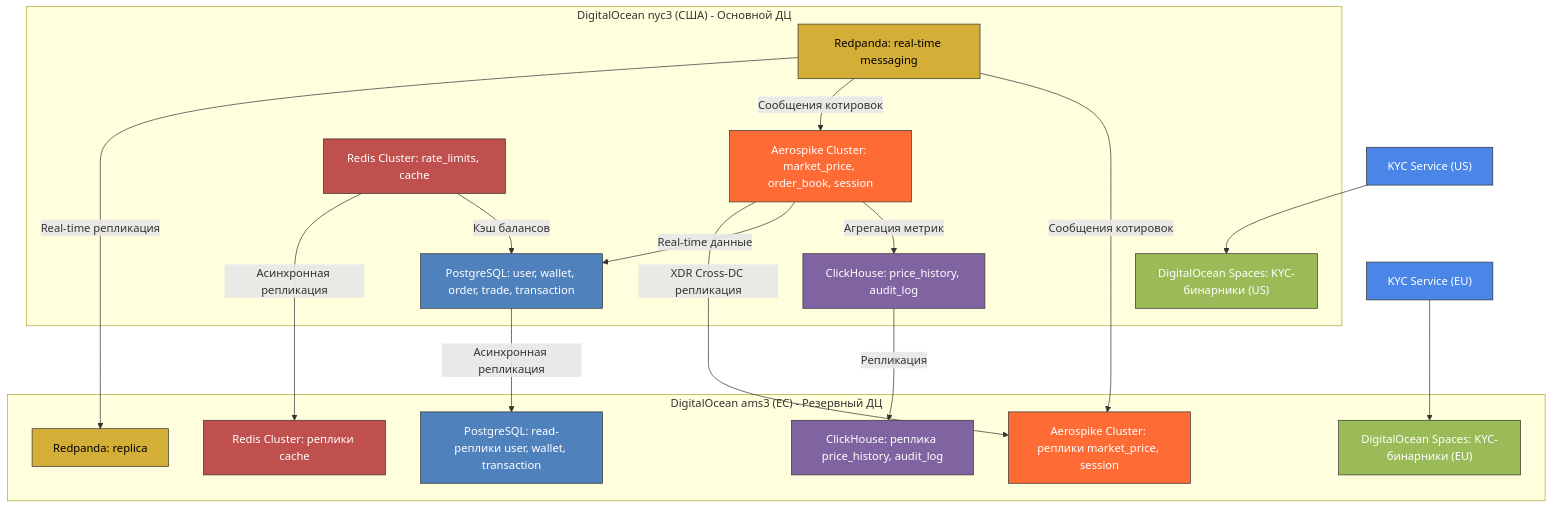
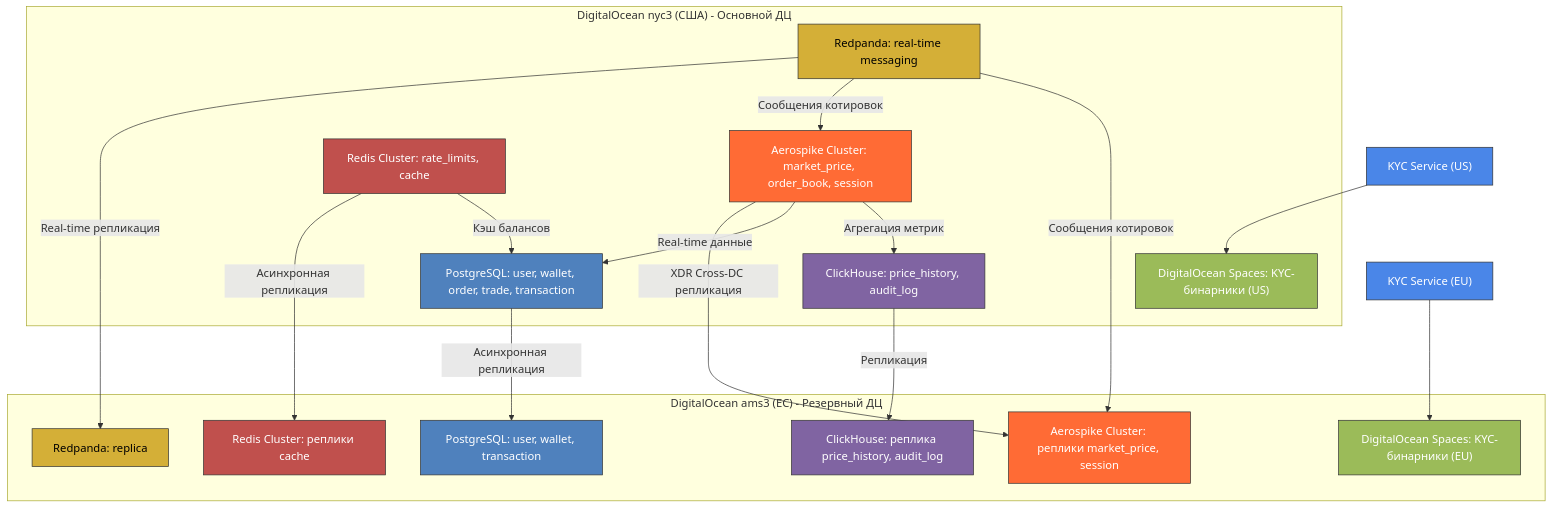
Before and after one commit to IfroloffI/highload-vk-edu-3-term: the diagram in README.md, drawn with Mermaid.

````diff
--- a/README.md
+++ b/README.md
@@ -398,55 +398,55 @@
 ```mermaid
 %% Физическая архитектура БД
 flowchart TD
     subgraph nyc3["DigitalOcean nyc3 (США) - Основной ДЦ"]
         A["PostgreSQL: user, wallet, order, trade, transaction"]
         B["ClickHouse: price_history, audit_log"]
         C["Aerospike Cluster: market_price, order_book, session"]
         D["DigitalOcean Spaces: KYC-бинарники (US)"]
         F["Redis Cluster: rate_limits, cache"]
         R["Redpanda: real-time messaging"]
     end
 
     subgraph ams3["DigitalOcean ams3 (ЕС) - Резервный ДЦ"]
-        G["PostgreSQL: read-реплики user, wallet, transaction"]
+        G["PostgreSQL: user, wallet, transaction"]
         H["ClickHouse: реплика price_history, audit_log"]
         I["Aerospike Cluster: реплики market_price, session"]
         J["DigitalOcean Spaces: KYC-бинарники (EU)"]
         L["Redis Cluster: реплики cache"]
         R2["Redpanda: replica"]
     end
 
     %% Репликация данных
     A -->|Асинхронная репликация| G
     B -->|Репликация| H
     C -->|XDR Cross-DC репликация| I
     F -->|Асинхронная репликация| L
     R -->|Real-time репликация| R2
     
     %% Внутренние связи
     C -->|Real-time данные| A
     C -->|Агрегация метрик| B
     F -->|Кэш балансов| A
     R -->|Сообщения котировок| C
     R -->|Сообщения котировок| I
 
     %% KYC-данные остаются в Home Region
     KYC_US["KYC Service (US)"] --> D
     KYC_EU["KYC Service (EU)"] --> J
 
     classDef pg fill:#4F81BD,stroke:#333,color:white;
     classDef ch fill:#8064A2,stroke:#333,color:white;
     classDef aerospike fill:#FF6B35,stroke:#333,color:white;
     classDef redis fill:#C0504D,stroke:#333,color:white;
     classDef spaces fill:#9BBB59,stroke:#333,color:white;
     classDef redpanda fill:#D4AF37,stroke:#333,color:black;
     classDef service fill:#4A86E8,stroke:#333,color:white;
 
     class A,G pg
     class B,H ch
     class C,I aerospike
     class F,L redis
     class D,J spaces
     class R,R2 redpanda
     class KYC_US,KYC_EU service
 ```
````
